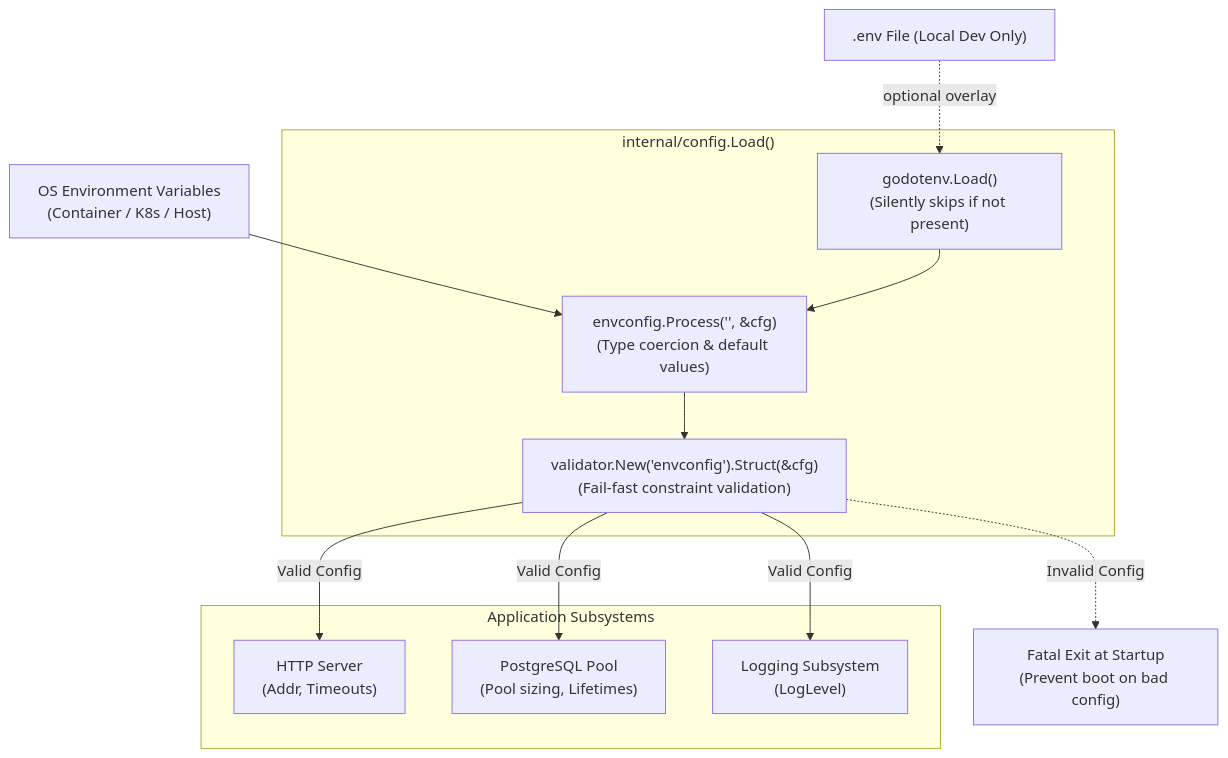
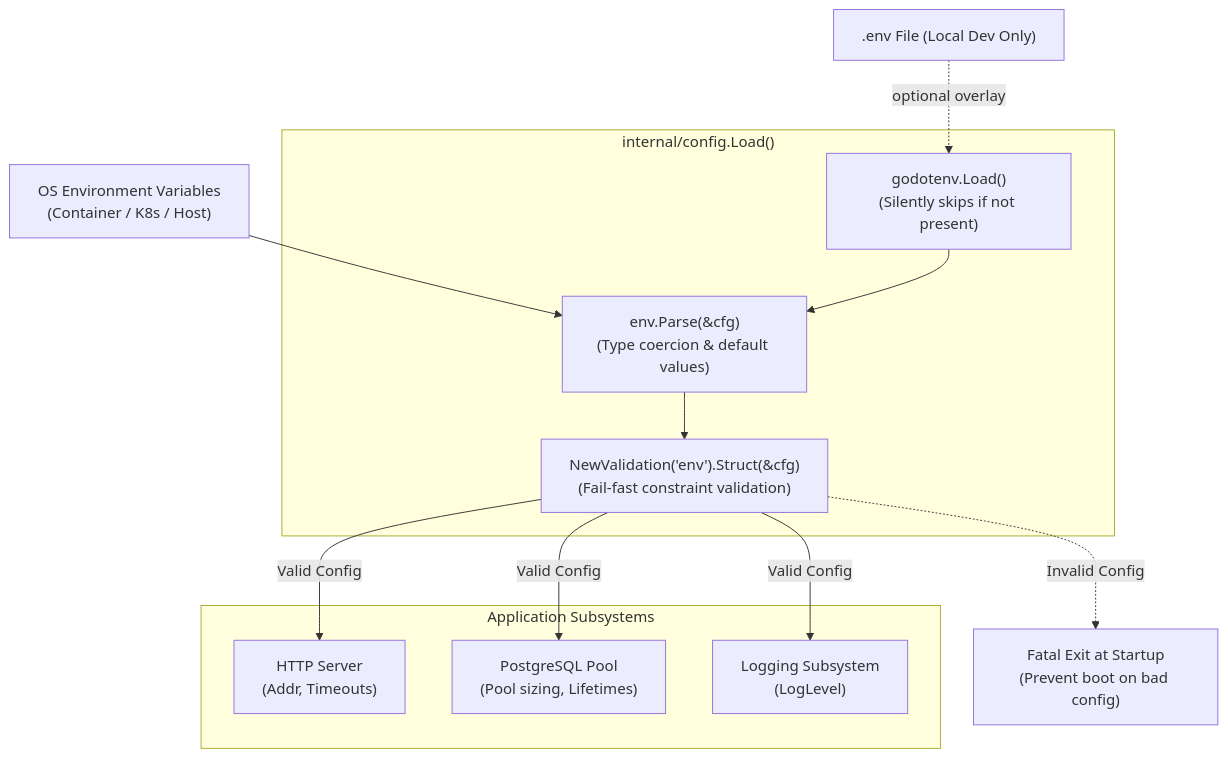
Before and after one commit to netologist/go-service-template: the diagram in docs/decisions/0004-configuration-management.md, drawn with Mermaid. The commit also changed other lines of this file and 11 other files, not shown here.

````diff
--- a/docs/decisions/0004-configuration-management.md
+++ b/docs/decisions/0004-configuration-management.md
@@ -31,26 +31,26 @@
 ```mermaid
 graph TD
     DotEnv[".env File (Local Dev Only)"]
     EnvVars["OS Environment Variables<br/>(Container / K8s / Host)"]
     
     subgraph ConfigLoading ["internal/config.Load()"]
         GodotenvLoader["godotenv.Load()<br/>(Silently skips if not present)"]
-        EnvconfigParser["envconfig.Process('', &cfg)<br/>(Type coercion & default values)"]
-        ValidatorCheck["validator.New('envconfig').Struct(&cfg)<br/>(Fail-fast constraint validation)"]
+        EnvParser["env.Parse(&cfg)<br/>(Type coercion & default values)"]
+        ValidatorCheck["NewValidation('env').Struct(&cfg)<br/>(Fail-fast constraint validation)"]
     end
 
     subgraph AppBootstrap ["Application Subsystems"]
         HTTPServer["HTTP Server<br/>(Addr, Timeouts)"]
         DBPool["PostgreSQL Pool<br/>(Pool sizing, Lifetimes)"]
         Logger["Logging Subsystem<br/>(LogLevel)"]
     end
 
     DotEnv -.->|"optional overlay"| GodotenvLoader
-    EnvVars --> EnvconfigParser
-    GodotenvLoader --> EnvconfigParser
-    EnvconfigParser --> ValidatorCheck
+    EnvVars --> EnvParser
+    GodotenvLoader --> EnvParser
+    EnvParser --> ValidatorCheck
     ValidatorCheck -->|"Valid Config"| HTTPServer
     ValidatorCheck -->|"Valid Config"| DBPool
     ValidatorCheck -->|"Valid Config"| Logger
     ValidatorCheck -.->|"Invalid Config"| FatalExit["Fatal Exit at Startup<br/>(Prevent boot on bad config)"]
 ```
````
